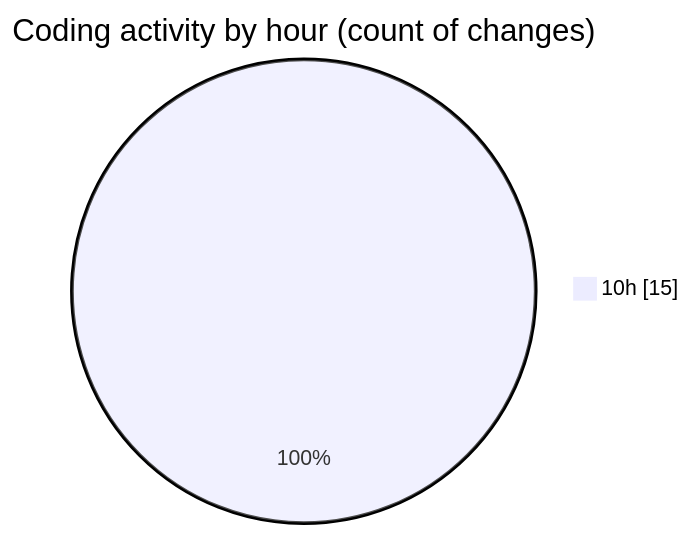
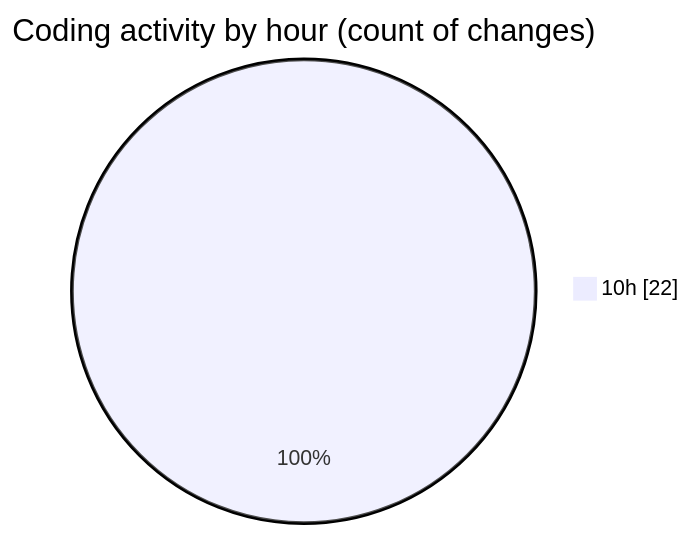
One commit to nxtqubesakshisongat/code-tracking changed the second of 2 diagrams in 2026-05-04/nxtqube_webapp/README.md. Above: the diagram before and after it, drawn with Mermaid. The commit also changed other lines of this file and 1 other file, not shown here.

````diff
--- a/2026-05-04/nxtqube_webapp/README.md
+++ b/2026-05-04/nxtqube_webapp/README.md
@@ -28,5 +29,5 @@
 ```mermaid
 pie showData
 title Coding activity by hour (count of changes)
-"10h" : 15
+"10h" : 22
 ```
````
